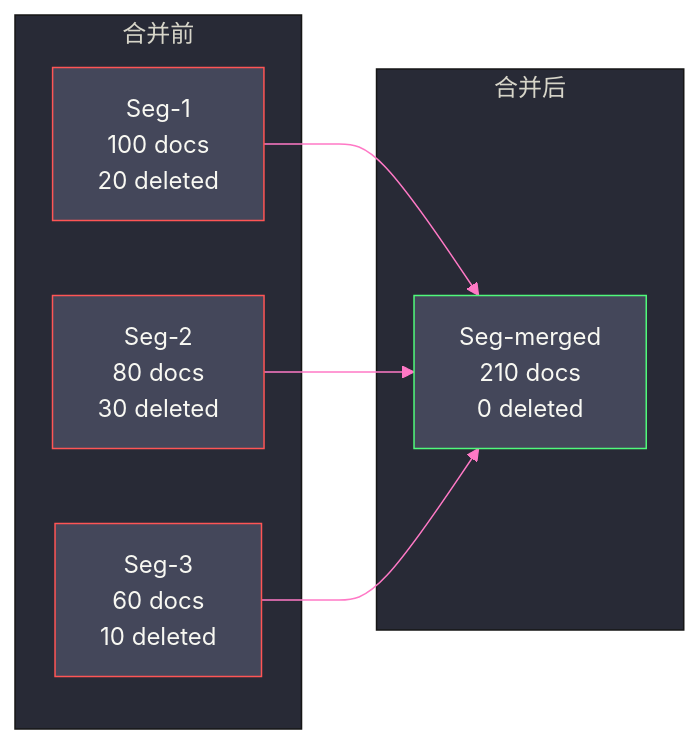
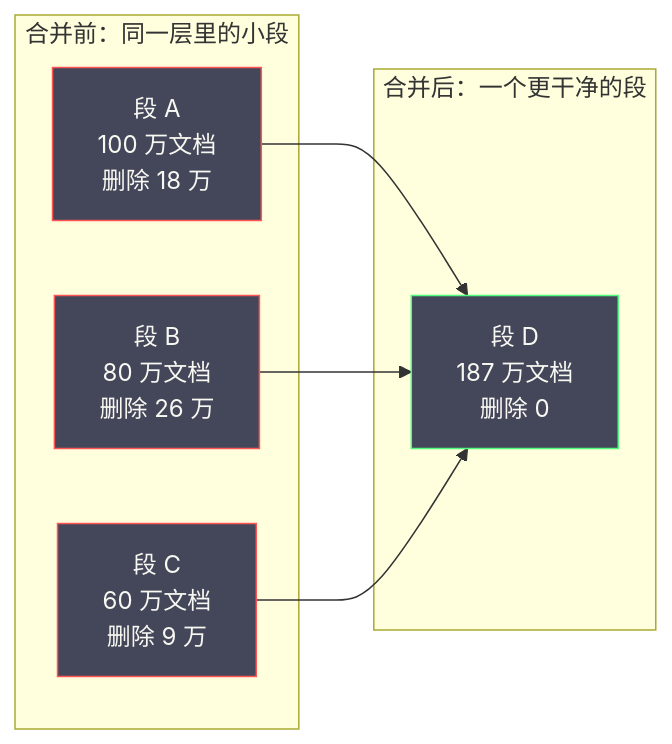
One commit to hpliStartAgain/my-brain changed the second of 5 diagrams in content/中间件/Elasticsearch/03 文档写入与 Lucene 段合并.md. Above: the diagram before and after it, drawn with Mermaid. The commit also changed other lines of this file and 455 other files, not shown here.

````diff
--- a/content/中间件/Elasticsearch/03 文档写入与 Lucene 段合并.md
+++ b/content/中间件/Elasticsearch/03 文档写入与 Lucene 段合并.md
@@ -257,20 +232,20 @@
 ```mermaid
-%%{init: {'theme': 'base', 'themeVariables': {'primaryColor': '#6272a4', 'primaryTextColor': '#f8f8f2', 'primaryBorderColor': '#bd93f9', 'lineColor': '#ff79c6', 'secondaryColor': '#44475a', 'tertiaryColor': '#282a36', 'background': '#282a36', 'mainBkg': '#44475a'}}}%%
-graph LR
-    subgraph "合并前"
-        S1["Seg-1</br>100 docs</br>20 deleted"]
-        S2["Seg-2</br>80 docs</br>30 deleted"]
-        S3["Seg-3</br>60 docs</br>10 deleted"]
+%%{init: {'theme': 'dracula'}}%%
+flowchart LR
+    subgraph "合并前：同一层里的小段"
+        S1["段 A<br/>100 万文档<br/>删除 18 万"]
+        S2["段 B<br/>80 万文档<br/>删除 26 万"]
+        S3["段 C<br/>60 万文档<br/>删除 9 万"]
     end
-    subgraph "合并后"
-        S4["Seg-merged</br>210 docs</br>0 deleted"]
+    subgraph "合并后：一个更干净的段"
+        S4["段 D<br/>187 万文档<br/>删除 0"]
     end
     S1 --> S4
     S2 --> S4
     S3 --> S4
 
-    classDef old fill:#44475a,stroke:#ff5555,color:#f8f8f2
-    classDef new fill:#44475a,stroke:#50fa7b,color:#f8f8f2
-    class S1,S2,S3 old
-    class S4 new
+    classDef oldseg fill:#44475a,stroke:#ff5555,color:#f8f8f2
+    classDef newseg fill:#44475a,stroke:#50fa7b,color:#f8f8f2
+    class S1,S2,S3 oldseg
+    class S4 newseg
 ```
````
